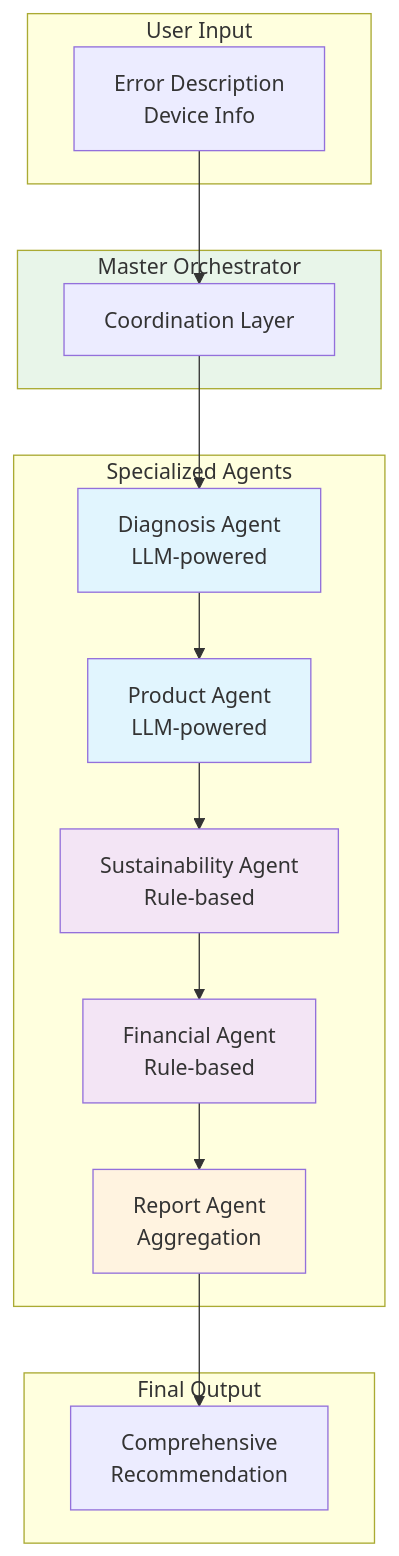
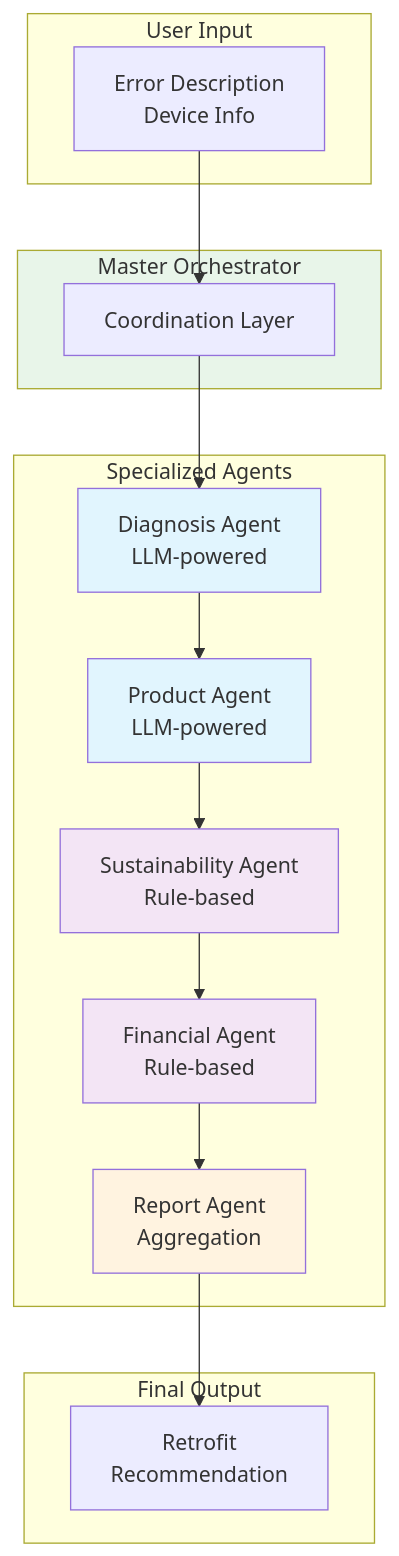
Before and after one commit to lugasraka/Retrofit-recommender: the first of 2 diagrams in README.md, drawn with Mermaid. The commit also changed other lines of this file, not shown here.

````diff
--- a/README.md
+++ b/README.md
@@ -115,37 +113,37 @@
 ```mermaid
 flowchart TB
     subgraph User["User Input"]
         A[Error Description<br/>Device Info]
     end
     
     subgraph Master["Master Orchestrator"]
         B[Coordination Layer]
     end
     
     subgraph Agents["Specialized Agents"]
         C[Diagnosis Agent<br/>LLM-powered]
         D[Product Agent<br/>LLM-powered]
         E[Sustainability Agent<br/>Rule-based]
         F[Financial Agent<br/>Rule-based]
         G[Report Agent<br/>Aggregation]
     end
     
     subgraph Output["Final Output"]
-        H[Comprehensive<br/>Recommendation]
+      H[Retrofit<br/>Recommendation]
     end
     
     A --> B
     B --> C
     C --> D
     D --> E
     E --> F
     F --> G
     G --> H
     
     style C fill:#e1f5fe
     style D fill:#e1f5fe
     style E fill:#f3e5f5
     style F fill:#f3e5f5
     style G fill:#fff3e0
     style Master fill:#e8f5e9
 ```
````
